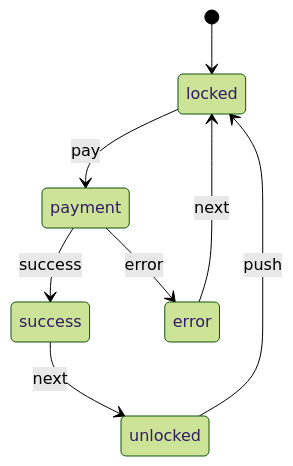
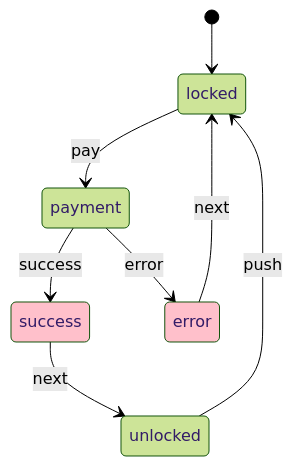
Before and after one commit to prncss-xyz/slides-machine: the eighth of 8 diagrams in src/app/page.mdx, drawn with Mermaid (forest theme). The commit also changed other lines of this file and 12 other files, not shown here.

````diff
--- a/src/app/page.mdx
+++ b/src/app/page.mdx
@@ -398,10 +448,12 @@
 		```mermaid
     stateDiagram-v2
+      classDef junk fill:pink
+
       [*] --> locked 
       locked --> payment: pay 
       payment --> success: success
-      success --> unlocked: next
+      success:::junk --> unlocked: next
       payment --> error: error
-      error --> locked: next
+      error:::junk --> locked: next
       unlocked --> locked: push 
     ```
````
